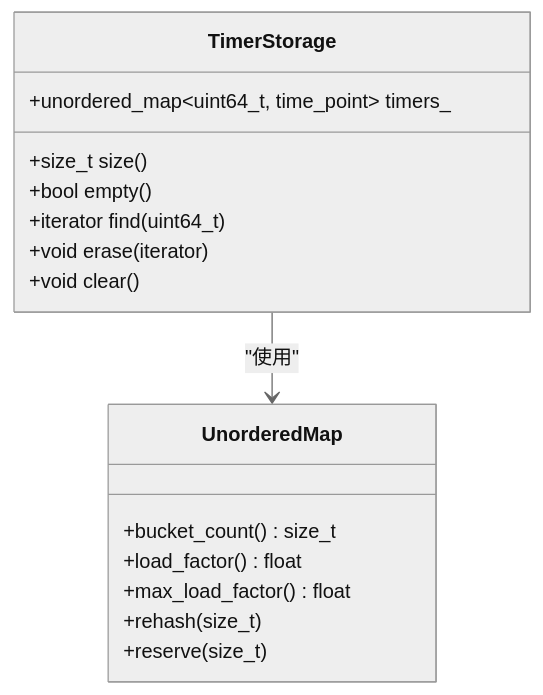
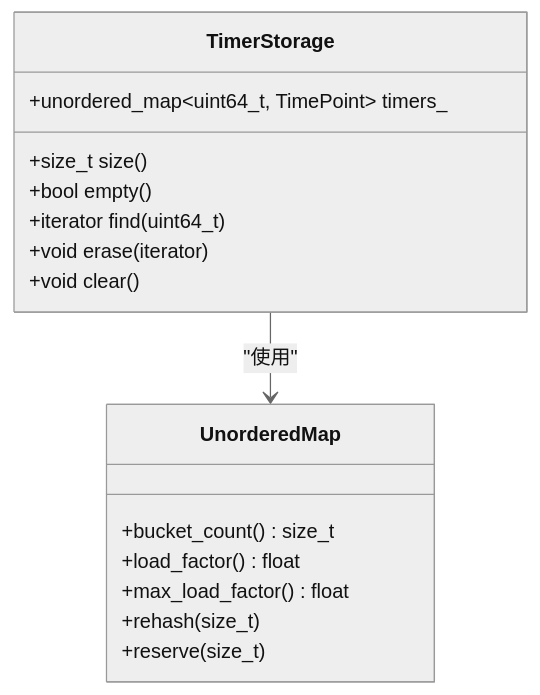
One commit to xuetianhao98/chronometer changed the eighth of 20 diagrams in .qoder/repowiki/zh/content/实现细节/实现细节.md. Above: the diagram before and after it, drawn with Mermaid (neutral theme). The commit also changed other lines of this file and 12 other files, not shown here.

````diff
--- a/.qoder/repowiki/zh/content/实现细节/实现细节.md
+++ b/.qoder/repowiki/zh/content/实现细节/实现细节.md
@@ -303,19 +342,19 @@
 ```mermaid
 classDiagram
 class TimerStorage {
-+unordered_map~uint64_t, time_point~ timers_
++unordered_map~uint64_t, TimePoint~ timers_
 +size_t size()
 +bool empty()
 +iterator find(uint64_t)
 +void erase(iterator)
 +void clear()
 }
 class UnorderedMap {
 +bucket_count() size_t
 +load_factor() float
 +max_load_factor() float
 +rehash(size_t)
 +reserve(size_t)
 }
 TimerStorage --> UnorderedMap : "使用"
 ```
````
